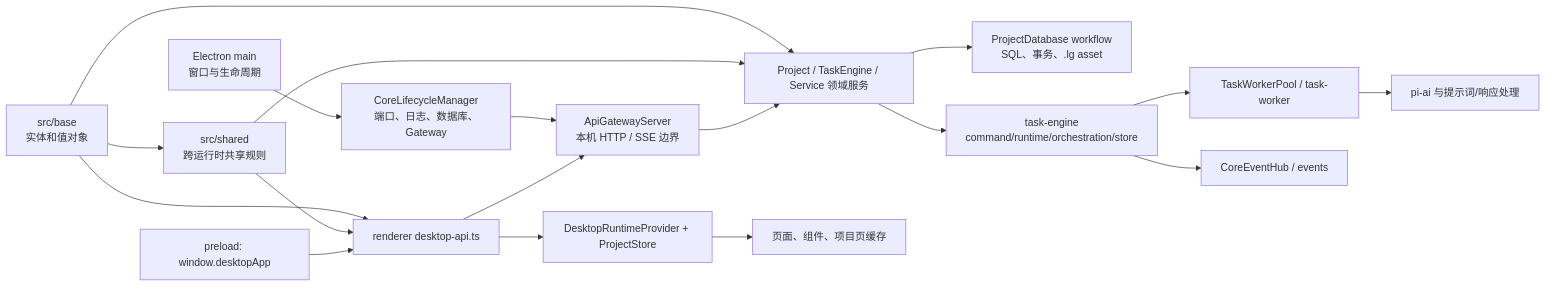
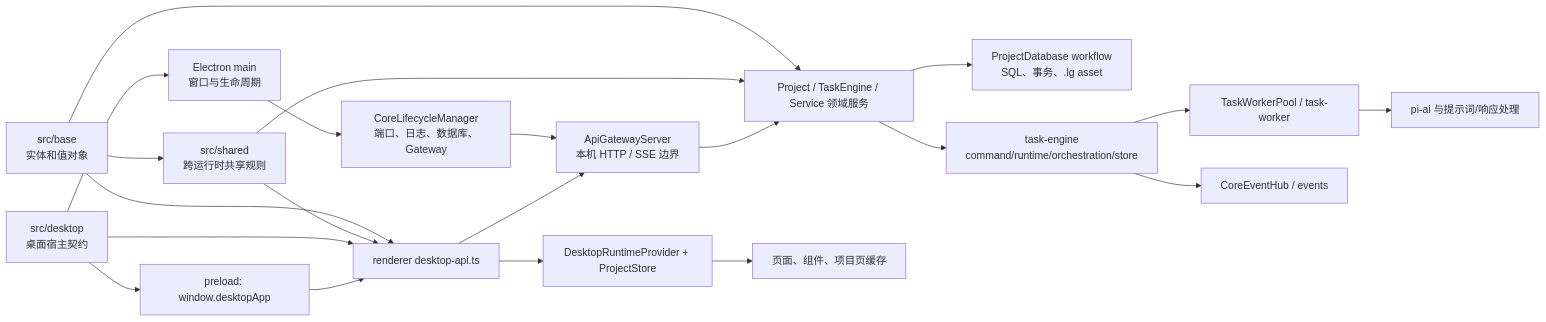
Before and after one commit to neavo/LinguaGacha: the first of 3 diagrams in docs/ARCHITECTURE.md, drawn with Mermaid. The commit also changed other lines of this file and 33 other files, not shown here.

````diff
--- a/docs/ARCHITECTURE.md
+++ b/docs/ARCHITECTURE.md
@@ -18,20 +19,23 @@
 ```mermaid
 flowchart LR
   N["src/base<br/>实体和值对象"] --> D
   N --> J
   N --> S["src/shared<br/>跨运行时共享规则"]
   S --> D
   S --> J
+  X["src/desktop<br/>桌面宿主契约"] --> A
+  X --> I
+  X --> J
   A["Electron main<br/>窗口与生命周期"] --> B["CoreLifecycleManager<br/>端口、日志、数据库、Gateway"]
   B --> C["ApiGatewayServer<br/>本机 HTTP / SSE 边界"]
   C --> D["Project / TaskEngine / Service 领域服务"]
   D --> E["ProjectDatabase workflow<br/>SQL、事务、.lg asset"]
   D --> F["task-engine<br/>command/runtime/orchestration/store"]
   F --> G["TaskWorkerPool / task-worker"]
   G --> H["pi-ai 与提示词/响应处理"]
   F --> M["CoreEventHub / events"]
   I["preload: window.desktopApp"] --> J["renderer desktop-api.ts"]
   J --> C
   J --> K["DesktopRuntimeProvider + ProjectStore"]
   K --> L["页面、组件、项目页缓存"]
 ```
````
